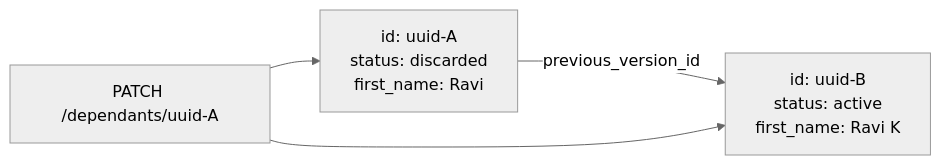
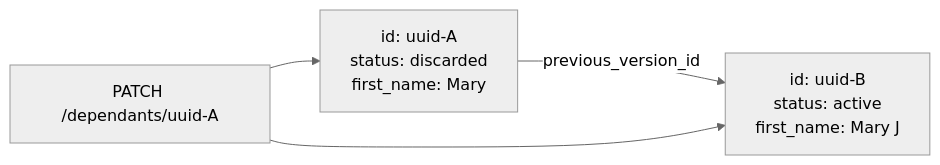
The diagram in api-reference/modules/dependant.mdx (anu19981/aarokya-backend), drawn with Mermaid (neutral theme) before and after one commit. The commit also changed other lines of this file and 2 other files, not shown here.

````diff
--- a/api-reference/modules/dependant.mdx
+++ b/api-reference/modules/dependant.mdx
@@ -18,6 +18,6 @@
 ```mermaid
 flowchart LR
-    A[id: uuid-A\nstatus: discarded\nfirst_name: Ravi] -->|previous_version_id| B[id: uuid-B\nstatus: active\nfirst_name: Ravi K]
+    A[id: uuid-A\nstatus: discarded\nfirst_name: Mary] -->|previous_version_id| B[id: uuid-B\nstatus: active\nfirst_name: Mary J]
     PATCH[PATCH /dependants/uuid-A] --> A
     PATCH --> B
 ```
````
